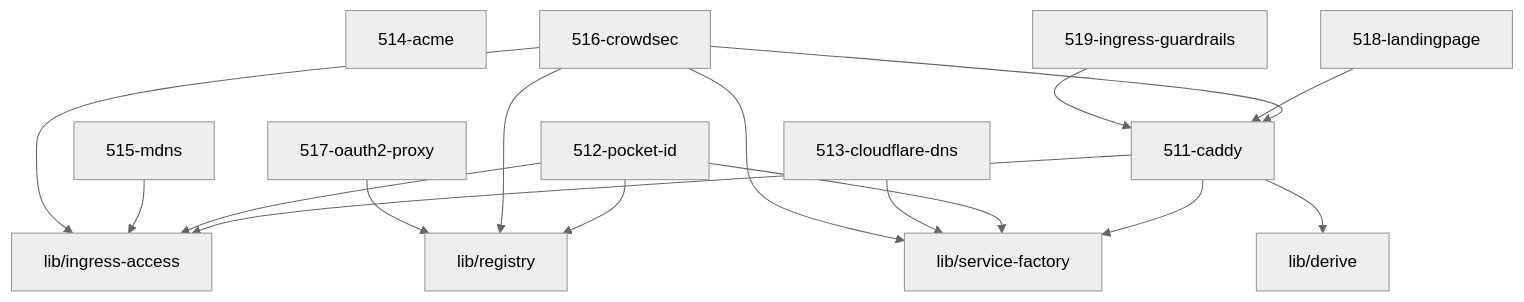
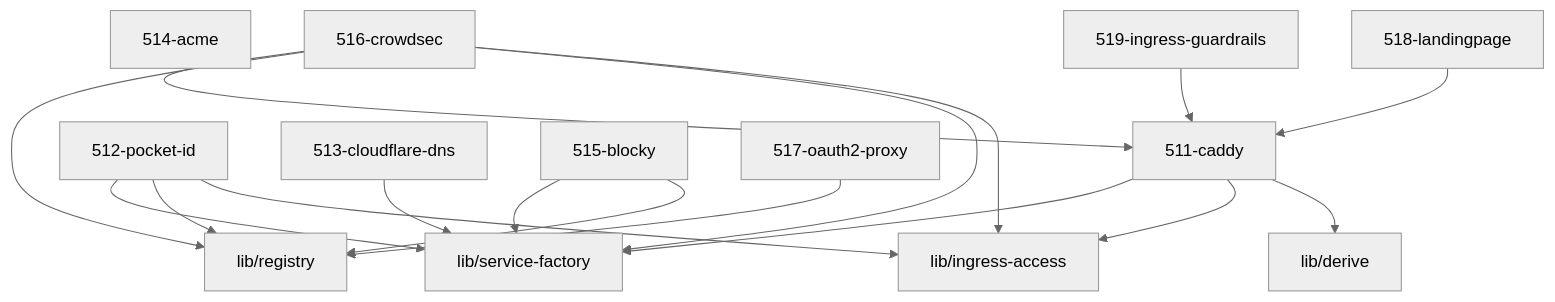
The diagram in 51-ingress/AGENTS.md (grapefruit89/mediNix-core), drawn with Mermaid (neutral theme) before and after one commit. The commit also changed other lines of this file and 8 other files, not shown here.

Commit message:
feat(ingress): remove mDNS/Avahi (515 replaced by Blocky)

````diff
--- a/51-ingress/AGENTS.md
+++ b/51-ingress/AGENTS.md
@@ -165,19 +165,20 @@
 ```mermaid
 graph TD
   511_caddy["511-caddy"] --> derive["lib/derive"]
   511_caddy["511-caddy"] --> ingress_access["lib/ingress-access"]
   511_caddy["511-caddy"] --> service_factory["lib/service-factory"]
   512_pocket_id["512-pocket-id"] --> ingress_access["lib/ingress-access"]
   512_pocket_id["512-pocket-id"] --> registry["lib/registry"]
   512_pocket_id["512-pocket-id"] --> service_factory["lib/service-factory"]
   513_cloudflare_dns["513-cloudflare-dns"] --> service_factory["lib/service-factory"]
   514_acme["514-acme"]
-  515_mdns["515-mdns"] --> ingress_access["lib/ingress-access"]
+  515_blocky["515-blocky"] --> registry["lib/registry"]
+  515_blocky["515-blocky"] --> service_factory["lib/service-factory"]
   516_crowdsec["516-crowdsec"] --> ingress_access["lib/ingress-access"]
   516_crowdsec["516-crowdsec"] --> service_factory["lib/service-factory"]
   516_crowdsec["516-crowdsec"] --> registry["lib/registry"]
   516_crowdsec["516-crowdsec"] --> 511_caddy["51-ingress/511-caddy"]
   517_oauth2_proxy["517-oauth2-proxy"] --> registry["lib/registry"]
   518_landingpage["518-landingpage"] --> 511_caddy["511-caddy"]
   519_ingress_guardrails["519-ingress-guardrails"] --> 511_caddy["511-caddy"]
 ```
````
